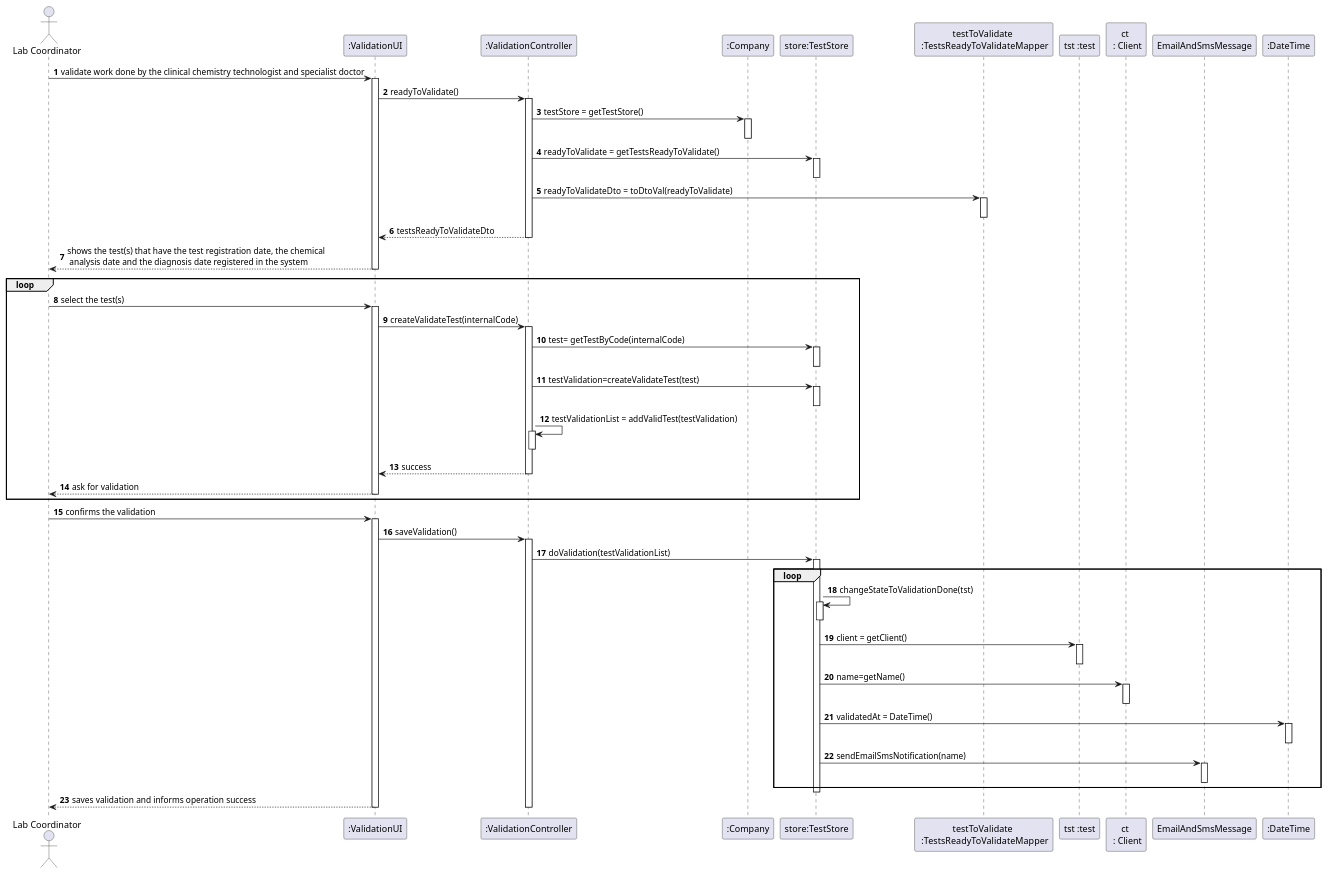
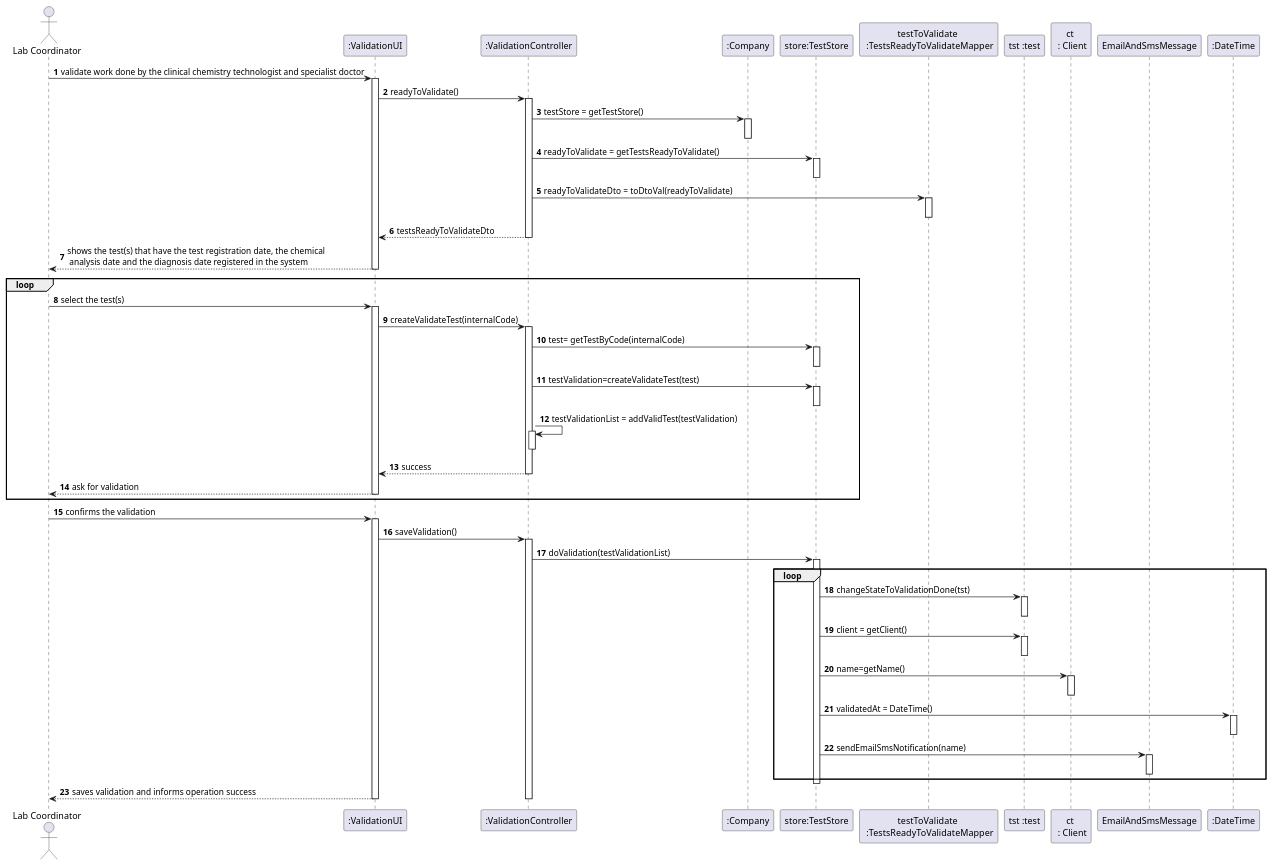
The diagram in docs/SprintD/US15/UC15_SD.puml (GuilhermeCunha79/lapr2), drawn with PlantUML before and after one commit. The commit also changed 5 other files, not shown here.

Commit message:
Update of the SD diagram [US-02] [Requirements Engineering]

```diff
--- a/docs/SprintD/US15/UC15_SD.puml
+++ b/docs/SprintD/US15/UC15_SD.puml
@@ -1,93 +1,93 @@
 @startuml
 autonumber
 'hide footbox
 actor "Lab Coordinator" as LC
 
 participant ":ValidationUI" as UI
 participant ":ValidationController" as CTRL
 participant ":Company" as C
 participant "store:TestStore" as TS
 participant "testToValidate \n :TestsReadyToValidateMapper" as TVM
 
 participant "tst :test" as TST
 participant "ct \n : Client" as CT
 participant "EmailAndSmsMessage" as EM
 participant ":DateTime" as DT
 
 LC -> UI : validate work done by the clinical chemistry technologist and specialist doctor
 activate UI
     UI -> CTRL : readyToValidate()
     activate CTRL
     CTRL -> C : testStore = getTestStore()
     activate C
     deactivate C
     CTRL -> TS : readyToValidate = getTestsReadyToValidate()
     activate TS
     deactivate TS
     CTRL -> TVM : readyToValidateDto = toDtoVal(readyToValidate)
     activate TVM
     deactivate TVM
     deactivate TVM
     CTRL --> UI : testsReadyToValidateDto
     deactivate CTRL
     UI --> LC : shows the test(s) that have the test registration date, the chemical\n analysis date and the diagnosis date registered in the system
 deactivate UI
 loop
 LC -> UI : select the test(s)
 activate UI
 
 UI -> CTRL : createValidateTest(internalCode)
 activate CTRL
 CTRL -> TS : test= getTestByCode(internalCode)
 activate TS
 deactivate TS
 CTRL -> TS : testValidation=createValidateTest(test)
 activate TS
 deactivate TS
 
 
 
 CTRL -> CTRL : testValidationList = addValidTest(testValidation)
 activate CTRL
 deactivate CTRL
 CTRL --> UI : success
 deactivate CTRL
 
     UI --> LC : ask for validation
     deactivate CTRL
 deactivate UI
 end
 LC -> UI : confirms the validation
 activate UI
     UI -> CTRL : saveValidation()
     activate CTRL
     CTRL -> TS : doValidation(testValidationList)
     loop
     activate TS
-    TS -> TS : changeStateToValidationDone(tst)
-    activate TS
-    deactivate TS
+    TS -> TST : changeStateToValidationDone(tst)
+    activate TST
+    deactivate TST
     TS -> TST : client = getClient()
     activate TST
     deactivate TST
     TS -> CT : name=getName()
     activate CT
     deactivate CT
     TS -> DT : validatedAt = DateTime()
     activate DT
         deactivate DT
     TS -> EM : sendEmailSmsNotification(name)
     activate EM
         deactivate EM
    end
 
 
     deactivate TS
 
 
 UI --> LC : saves validation and informs operation success
 deactivate C
 deactivate UI
 deactivate CTRL
 
 @enduml
```
